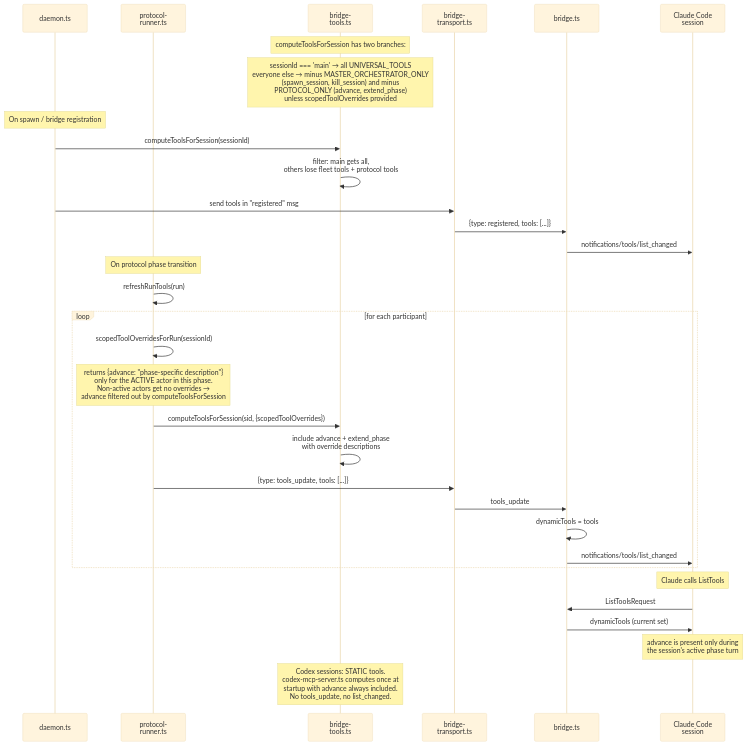
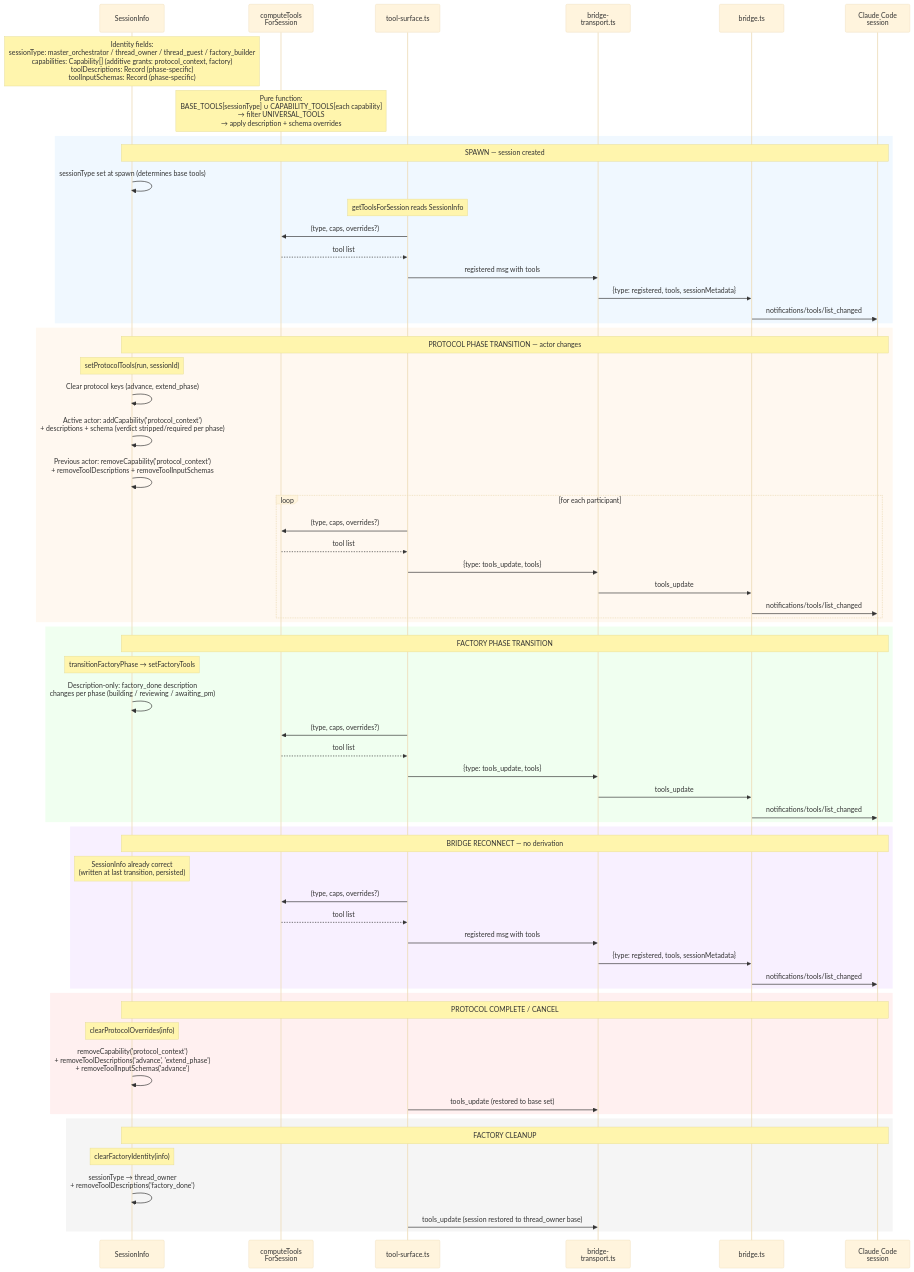
The diagram in diagrams/flow-tool-scoping.mmd (sf8193/hydra), drawn with Mermaid (base theme) before and after one commit. The commit also changed 34 other files, not shown here.

First line of the commit message:
feat: session identity — session type + capability-based tool access (#305)

```diff
--- a/diagrams/flow-tool-scoping.mmd
+++ b/diagrams/flow-tool-scoping.mmd
@@ -1,41 +1,75 @@
-%% Tool Scoping — two code branches, dynamic overrides per phase
-%% Why "advance" appears and disappears between protocol phases.
-%% The tool list mutates at runtime and is re-pushed over MCP.
+%% Tool Scoping — session type + capabilities + write-through to SessionInfo
+%% How tools are computed, delivered, and updated across all contexts.
 
 sequenceDiagram
-    participant daemon as daemon.ts
-    participant runner as protocol-<br/>runner.ts
-    participant tools as bridge-<br/>tools.ts
+    participant info as SessionInfo
+    participant compute as computeTools<br/>ForSession
+    participant surface as tool-surface.ts
     participant transport as bridge-<br/>transport.ts
     participant bridge as bridge.ts
     participant cc as Claude Code<br/>session
 
-    Note over tools: computeToolsForSession has two branches:
-    Note over tools: sessionId === 'main' → all UNIVERSAL_TOOLS<br/>everyone else → minus MASTER_ORCHESTRATOR_ONLY<br/>(spawn_session, kill_session) and minus<br/>PROTOCOL_ONLY (advance, extend_phase)<br/>unless scopedToolOverrides provided
+    Note over info: Identity fields:<br/>sessionType: master_orchestrator / thread_owner / thread_guest / factory_builder<br/>capabilities: Capability[] (additive grants: protocol_context, factory)<br/>toolDescriptions: Record (phase-specific)<br/>toolInputSchemas: Record (phase-specific)
 
-    Note over daemon: On spawn / bridge registration
-    daemon->>tools: computeToolsForSession(sessionId)
-    tools->>tools: filter: main gets all,<br/>others lose fleet tools + protocol tools
-    daemon->>transport: send tools in "registered" msg
-    transport->>bridge: {type: registered, tools: [...]}
-    bridge->>cc: notifications/tools/list_changed
+    Note over compute: Pure function:<br/>BASE_TOOLS[sessionType] ∪ CAPABILITY_TOOLS[each capability]<br/>→ filter UNIVERSAL_TOOLS<br/>→ apply description + schema overrides
 
-    Note over runner: On protocol phase transition
-    runner->>runner: refreshRunTools(run)
-    loop for each participant
-        runner->>runner: scopedToolOverridesForRun(sessionId)
-        Note over runner: returns {advance: "phase-specific description"}<br/>only for the ACTIVE actor in this phase.<br/>Non-active actors get no overrides →<br/>advance filtered out by computeToolsForSession
-        runner->>tools: computeToolsForSession(sid, {scopedToolOverrides})
-        tools->>tools: include advance + extend_phase<br/>with override descriptions
-        runner->>transport: {type: tools_update, tools: [...]}
-        transport->>bridge: tools_update
-        bridge->>bridge: dynamicTools = tools
+    rect rgb(240, 248, 255)
+        Note over info,cc: SPAWN — session created
+        info->>info: sessionType set at spawn (determines base tools)
+        Note over surface: getToolsForSession reads SessionInfo
+        surface->>compute: (type, caps, overrides?)
+        compute-->>surface: tool list
+        surface->>transport: registered msg with tools
+        transport->>bridge: {type: registered, tools, sessionMetadata}
         bridge->>cc: notifications/tools/list_changed
     end
 
-    Note over cc: Claude calls ListTools
-    cc->>bridge: ListToolsRequest
-    bridge->>cc: dynamicTools (current set)
-    Note over cc: advance is present only during<br/>the session's active phase turn
+    rect rgb(255, 248, 240)
+        Note over info,cc: PROTOCOL PHASE TRANSITION — actor changes
+        Note over info: setProtocolTools(run, sessionId)
+        info->>info: Clear protocol keys (advance, extend_phase)
+        info->>info: Active actor: addCapability('protocol_context')<br/>+ descriptions + schema (verdict stripped/required per phase)
+        info->>info: Previous actor: removeCapability('protocol_context')<br/>+ removeToolDescriptions + removeToolInputSchemas
+        loop for each participant
+            surface->>compute: (type, caps, overrides?)
+            compute-->>surface: tool list
+            surface->>transport: {type: tools_update, tools}
+            transport->>bridge: tools_update
+            bridge->>cc: notifications/tools/list_changed
+        end
+    end
 
-    Note over tools: Codex sessions: STATIC tools.<br/>codex-mcp-server.ts computes once at<br/>startup with advance always included.<br/>No tools_update, no list_changed.
+    rect rgb(240, 255, 240)
+        Note over info,cc: FACTORY PHASE TRANSITION
+        Note over info: transitionFactoryPhase → setFactoryTools
+        info->>info: Description-only: factory_done description<br/>changes per phase (building / reviewing / awaiting_pm)
+        surface->>compute: (type, caps, overrides?)
+        compute-->>surface: tool list
+        surface->>transport: {type: tools_update, tools}
+        transport->>bridge: tools_update
+        bridge->>cc: notifications/tools/list_changed
+    end
+
+    rect rgb(248, 240, 255)
+        Note over info,cc: BRIDGE RECONNECT — no derivation
+        Note over info: SessionInfo already correct<br/>(written at last transition, persisted)
+        surface->>compute: (type, caps, overrides?)
+        compute-->>surface: tool list
+        surface->>transport: registered msg with tools
+        transport->>bridge: {type: registered, tools, sessionMetadata}
+        bridge->>cc: notifications/tools/list_changed
+    end
+
+    rect rgb(255, 240, 240)
+        Note over info,cc: PROTOCOL COMPLETE / CANCEL
+        Note over info: clearProtocolOverrides(info)
+        info->>info: removeCapability('protocol_context')<br/>+ removeToolDescriptions('advance', 'extend_phase')<br/>+ removeToolInputSchemas('advance')
+        surface->>transport: tools_update (restored to base set)
+    end
+
+    rect rgb(245, 245, 245)
+        Note over info,cc: FACTORY CLEANUP
+        Note over info: clearFactoryIdentity(info)
+        info->>info: sessionType → thread_owner<br/>+ removeToolDescriptions('factory_done')
+        surface->>transport: tools_update (session restored to thread_owner base)
+    end
```
